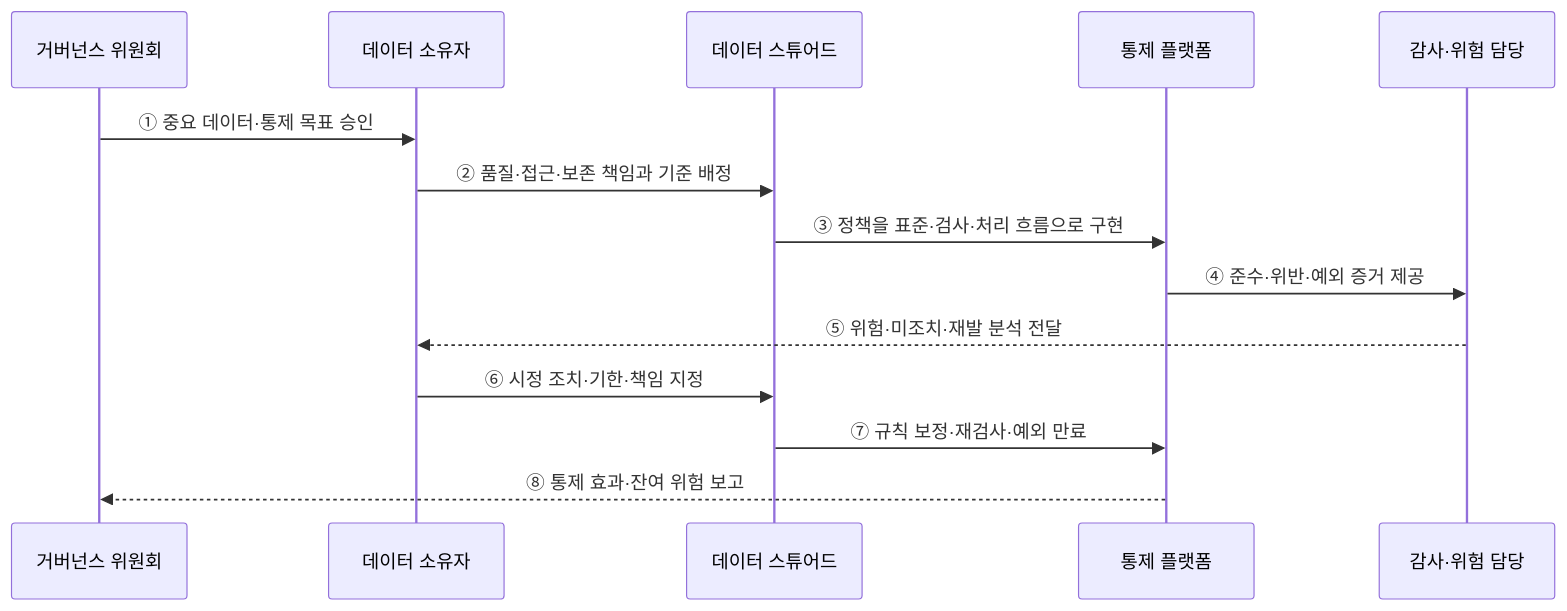
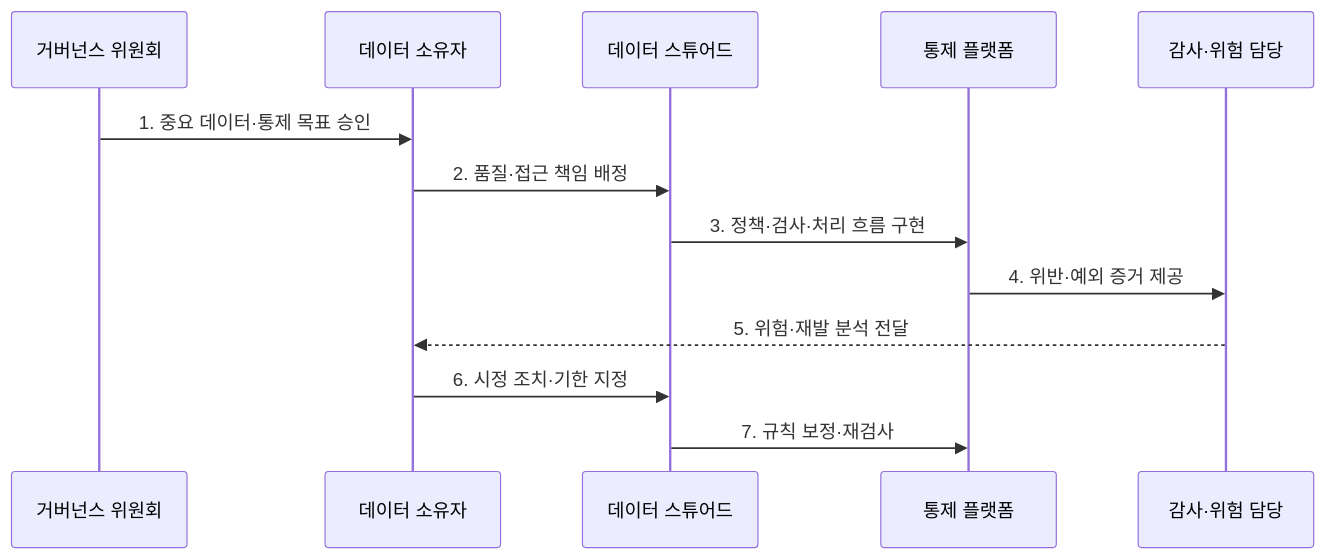
One commit to agnusdei1207/knowledge-base changed the second of 2 diagrams in src/content/docs/notes/03-software/135_data_governance.md. Above: the diagram before and after it, drawn with Mermaid. The commit also changed other lines of this file and 20 other files, not shown here.

````diff
--- a/src/content/docs/notes/03-software/135_data_governance.md
+++ b/src/content/docs/notes/03-software/135_data_governance.md
@@ -73,16 +81,15 @@
 ```mermaid
 sequenceDiagram
     participant G as 거버넌스 위원회
     participant O as 데이터 소유자
     participant S as 데이터 스튜어드
     participant P as 통제 플랫폼
     participant A as 감사·위험 담당
-    G->>O: ① 중요 데이터·통제 목표 승인
-    O->>S: ② 품질·접근·보존 책임과 기준 배정
-    S->>P: ③ 정책을 표준·검사·처리 흐름으로 구현
-    P->>A: ④ 준수·위반·예외 증거 제공
-    A-->>O: ⑤ 위험·미조치·재발 분석 전달
-    O->>S: ⑥ 시정 조치·기한·책임 지정
-    S->>P: ⑦ 규칙 보정·재검사·예외 만료
-    P-->>G: ⑧ 통제 효과·잔여 위험 보고
+    G->>O: 1. 중요 데이터·통제 목표 승인
+    O->>S: 2. 품질·접근 책임 배정
+    S->>P: 3. 정책·검사·처리 흐름 구현
+    P->>A: 4. 위반·예외 증거 제공
+    A-->>O: 5. 위험·재발 분석 전달
+    O->>S: 6. 시정 조치·기한 지정
+    S->>P: 7. 규칙 보정·재검사
 ```
````
